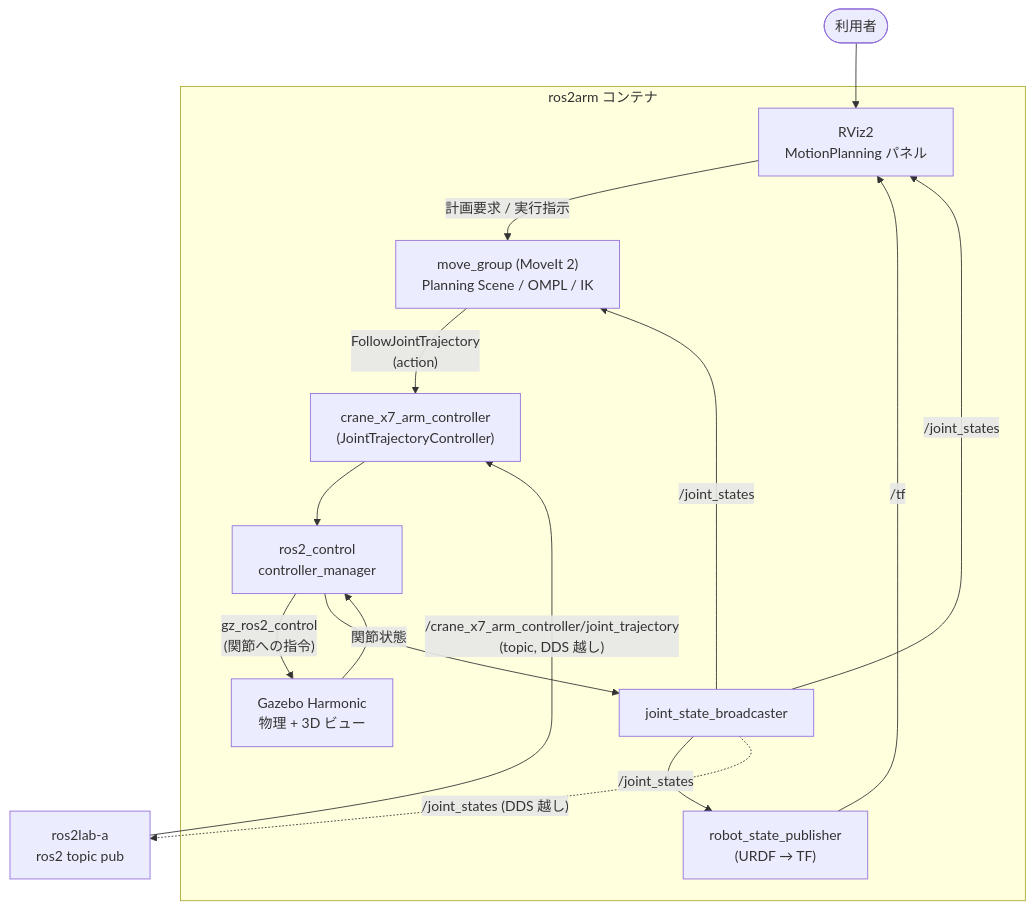
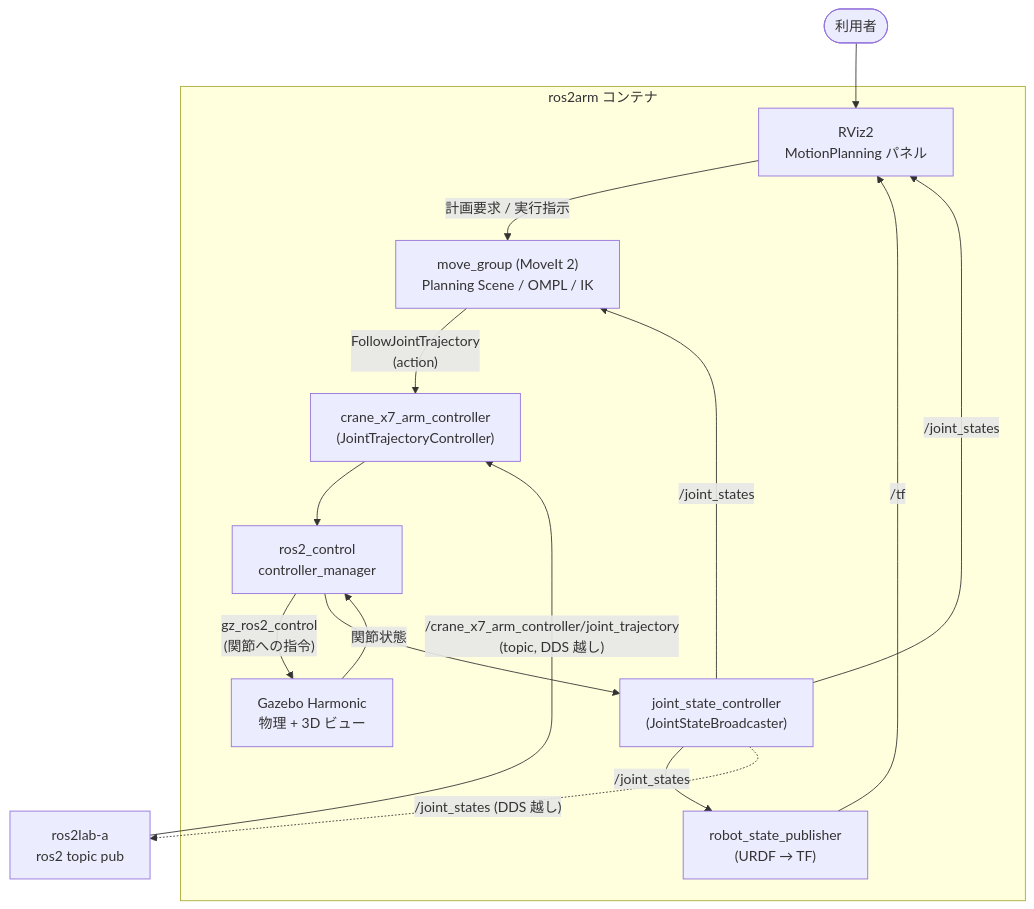
One commit to tori-create-7991/ros2-poc changed the second of 2 diagrams in docs/arm-sim-architecture.md. Above: the diagram before and after it, drawn with Mermaid. The commit also changed other lines of this file and 1 other file, not shown here.

Commit message:
fix: PR レビュー指摘に対応（controller 名を上流の joint_state_controller に修正・gz_ros2_control の補足を追加）

````diff
--- a/docs/arm-sim-architecture.md
+++ b/docs/arm-sim-architecture.md
@@ -143,29 +143,29 @@
 ```mermaid
 flowchart TB
   USER(["利用者"]) --> RVIZ
 
   subgraph ARMBOX["ros2arm コンテナ"]
     RVIZ["RViz2<br/>MotionPlanning パネル"]
     MG["move_group (MoveIt 2)<br/>Planning Scene / OMPL / IK"]
     CM["ros2_control<br/>controller_manager"]
     JTC["crane_x7_arm_controller<br/>(JointTrajectoryController)"]
-    JSB["joint_state_broadcaster"]
+    JSB["joint_state_controller<br/>(JointStateBroadcaster)"]
     RSP["robot_state_publisher<br/>(URDF → TF)"]
     GZ["Gazebo Harmonic<br/>物理 + 3D ビュー"]
   end
 
   CLIENT["ros2lab-a<br/>ros2 topic pub"]
 
   RVIZ -- "計画要求 / 実行指示" --> MG
   MG -- "FollowJointTrajectory<br/>(action)" --> JTC
   CLIENT -- "/crane_x7_arm_controller/joint_trajectory<br/>(topic, DDS 越し)" --> JTC
   JTC --> CM
   CM -- "gz_ros2_control<br/>(関節への指令)" --> GZ
   GZ -- "関節状態" --> CM
   CM --> JSB
   JSB -- "/joint_states" --> RSP
   JSB -- "/joint_states" --> MG
   JSB -- "/joint_states" --> RVIZ
   RSP -- "/tf" --> RVIZ
   JSB -. "/joint_states (DDS 越し)" .-> CLIENT
 ```
````
